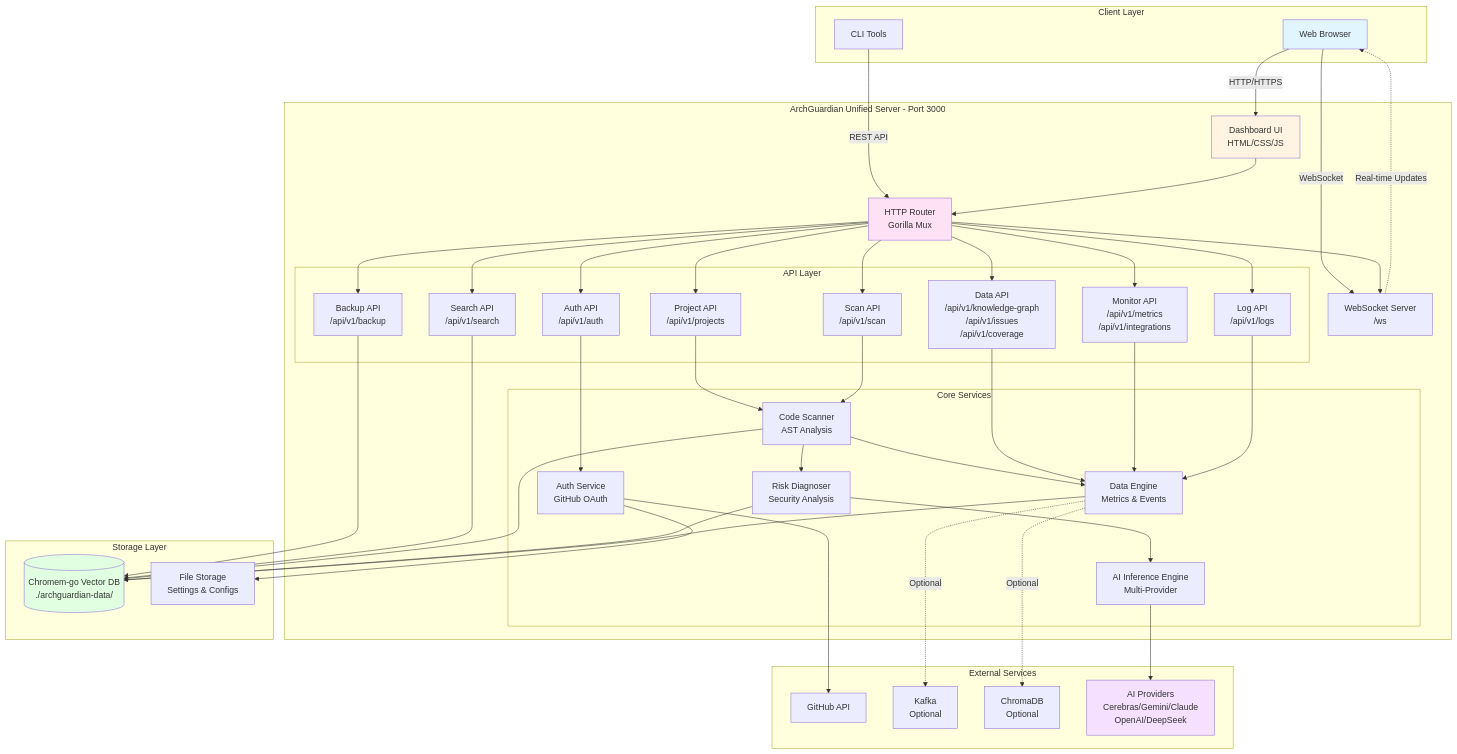
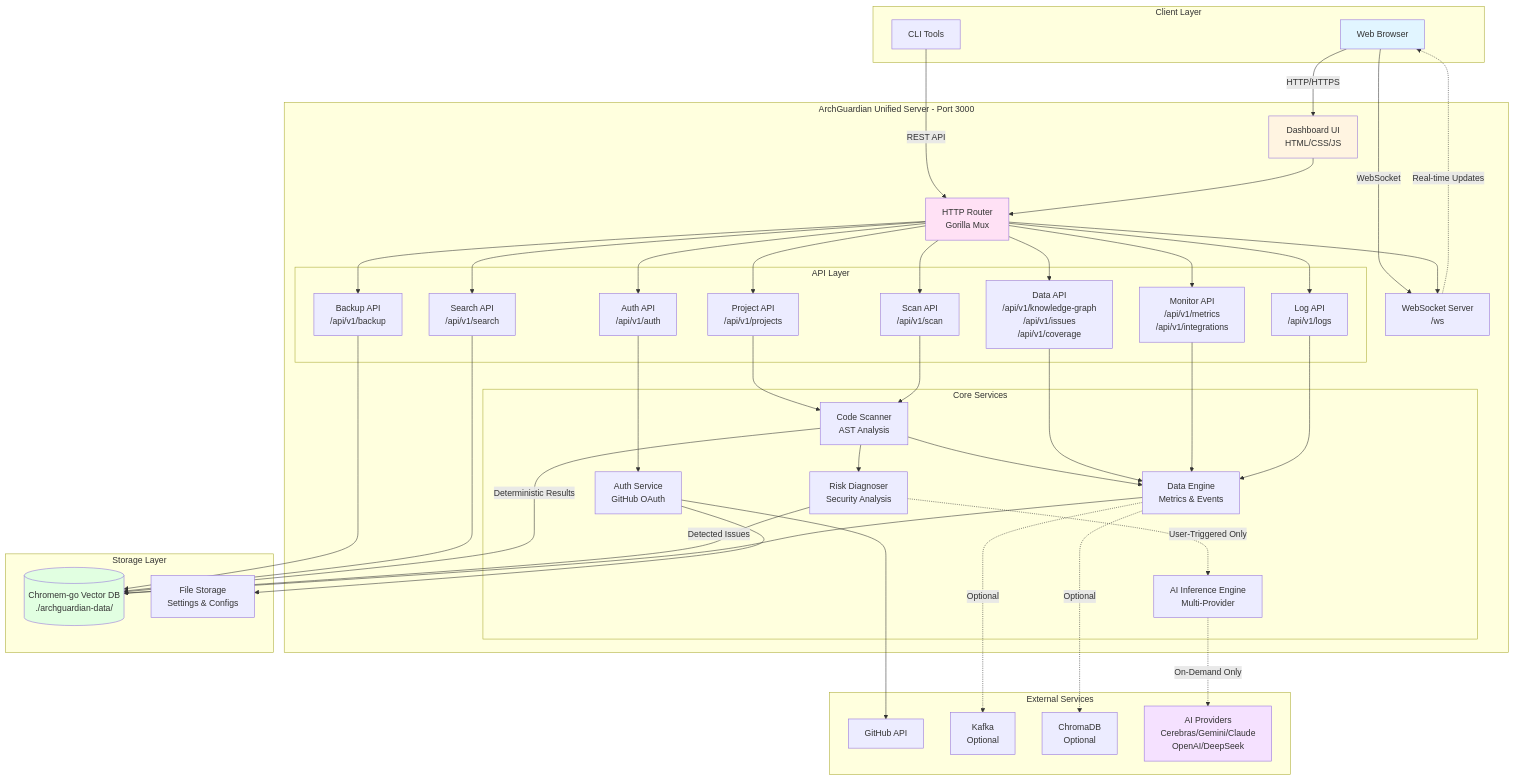
The diagram in README.md (guiperry/archguardian), drawn with Mermaid before and after one commit. The commit also changed other lines of this file and 16 other files, not shown here.

```diff
--- a/README.md
+++ b/README.md
@@ -149,7 +151,7 @@
     ScanAPI --> Scanner
     Scanner --> RiskDiag
     Scanner --> DataEngine
-    RiskDiag --> AIEngine
+    RiskDiag -.->|User-Triggered Only| AIEngine
     DataAPI --> DataEngine
     AuthAPI --> AuthSvc
     MonitorAPI --> DataEngine
@@ -157,15 +159,15 @@
     SearchAPI --> ChromemDB
     LogAPI --> DataEngine
     
-    Scanner --> ChromemDB
-    RiskDiag --> ChromemDB
+    Scanner -->|Deterministic Results| ChromemDB
+    RiskDiag -->|Detected Issues| ChromemDB
     DataEngine --> ChromemDB
     AuthSvc --> FileStore
     
     AuthSvc --> GitHub
     DataEngine -.->|Optional| Kafka
     DataEngine -.->|Optional| ChromaDB
-    AIEngine --> AIProviders
+    AIEngine -.->|On-Demand Only| AIProviders
     
     WS -.->|Real-time Updates| Browser
     
```
